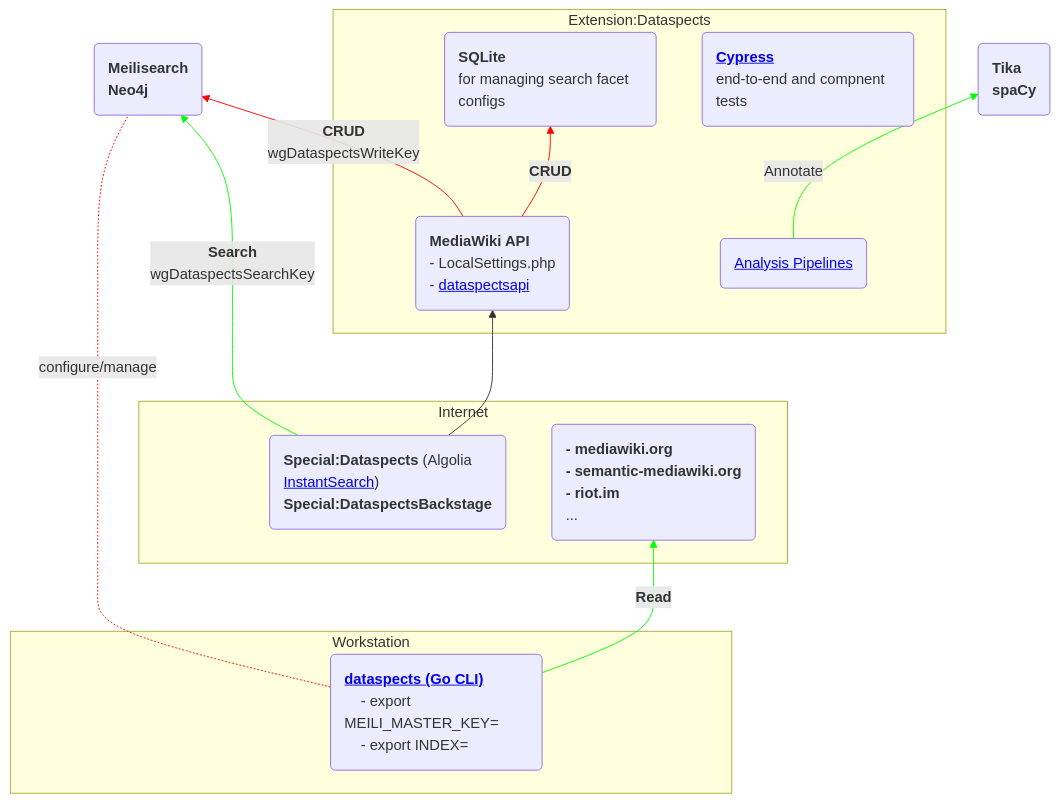
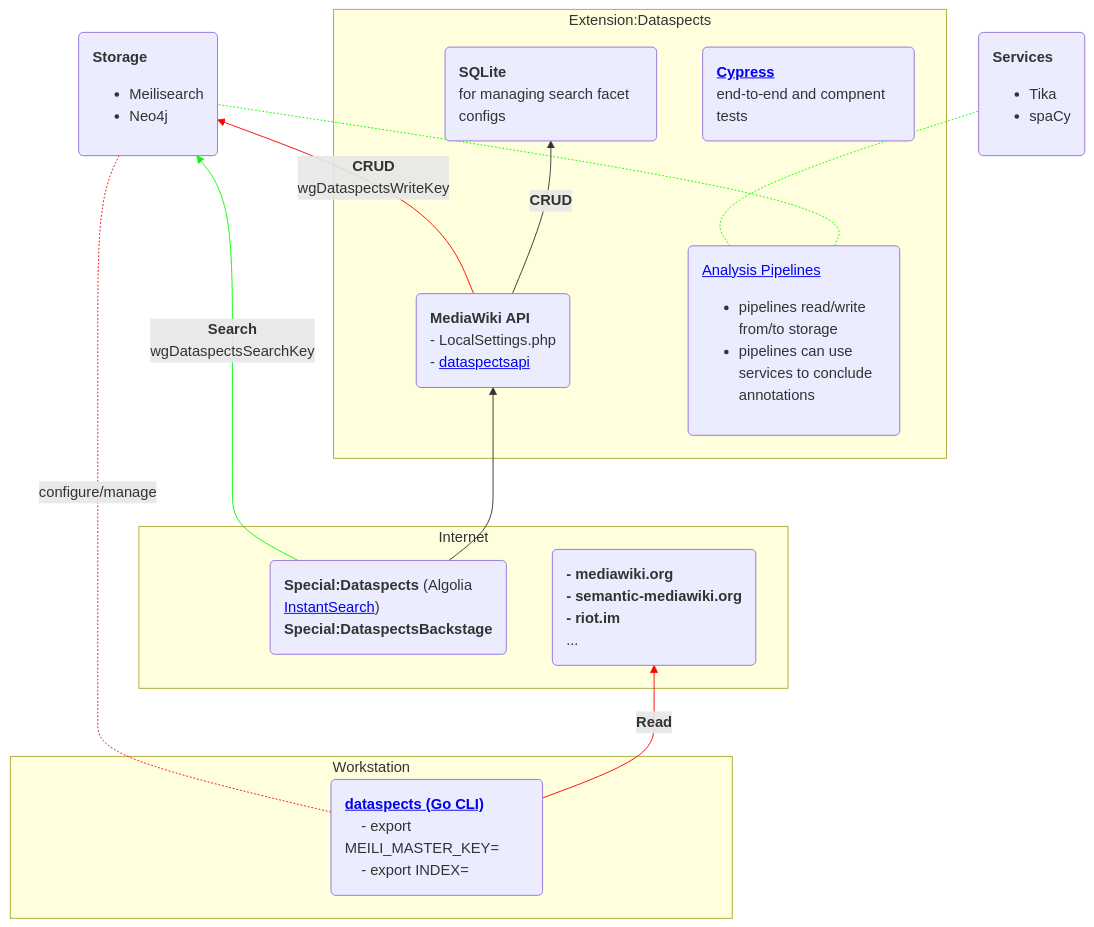
The diagram in README.md (dataspects/mediawiki-extensions-Dataspects), drawn with Mermaid before and after one commit. The commit also changed other lines of this file and 3 other files, not shown here.

````diff
--- a/README.md
+++ b/README.md
@@ -7,37 +7,38 @@
 ```mermaid
 flowchart BT
 
   subgraph Extension:Dataspects
     mediawikiAPI("<b>MediaWiki API</b>
     - LocalSettings.php
     - <a href='https://mwstakeorg.dataspects.com/w/api.php?action=help&modules=dataspectsapi'>dataspectsapi</a>")
     sQLite("<b>SQLite</b><br/>for managing search facet configs")
     Cypress("<b><a href='https://www.cypress.io/'>Cypress</a></b><br/>end-to-end and compnent tests")
-    AnalysisPipelines("<a href='https://github.com/dataspects/mediawiki-extensions-Dataspects/tree/main/src/jobs'>Analysis Pipelines</a>")
+    AnalysisPipelines("<a href='https://github.com/dataspects/mediawiki-extensions-Dataspects/tree/main/src/jobs'>Analysis Pipelines</a><ul><li>pipelines read/write from/to storage</li><li>pipelines can use services to conclude</br>annotations</li></ul>")
   end
 
-  storage("<b>Meilisearch</b><br/><b>Neo4j</b>")
-  analyzers("<b>Tika</b><br/><b>spaCy</b>")
+  storage("<b>Storage</b><ul><li>Meilisearch</li><li>Neo4j</li></ul>")
+  analyzers("<b>Services</b><ul><li>Tika</li><li>spaCy</li></ul>")
 
   subgraph Internet
     userAgent("<b>Special:Dataspects</b> (Algolia <a href='https://www.algolia.com/doc/guides/building-search-ui/what-is-instantsearch/js/'>InstantSearch</a>)<br/><b>Special:DataspectsBackstage</b>")
     internetSources("<b>- mediawiki.org</b><br/><b>- semantic-mediawiki.org</b><br/><b>- riot.im</b><br/>...")
   end
 
   subgraph Workstation
     DataspectsCLI("<b><a href='https://github.com/dataspects/dataspects'>dataspects (Go CLI)</a></b>
     - export MEILI_MASTER_KEY=
     - export INDEX=")
   end
   DataspectsCLI-.-|configure/manage|storage
   userAgent-->|<b>Search</b><br/>wgDataspectsSearchKey|storage
   userAgent-->mediawikiAPI
   mediawikiAPI-->|<b>CRUD</b><br/>wgDataspectsWriteKey|storage
-  AnalysisPipelines-->|Annotate|analyzers
+  AnalysisPipelines-.-analyzers
+  AnalysisPipelines-.-storage
   DataspectsCLI-->|<b>Read</b>|internetSources
   mediawikiAPI-->|<b>CRUD</b>|sQLite
 
 classDef default text-align:left;
 linkStyle 0,3,6 stroke:#ff0000
 linkStyle 1,4,5 stroke:#00ff00
 ```
````
